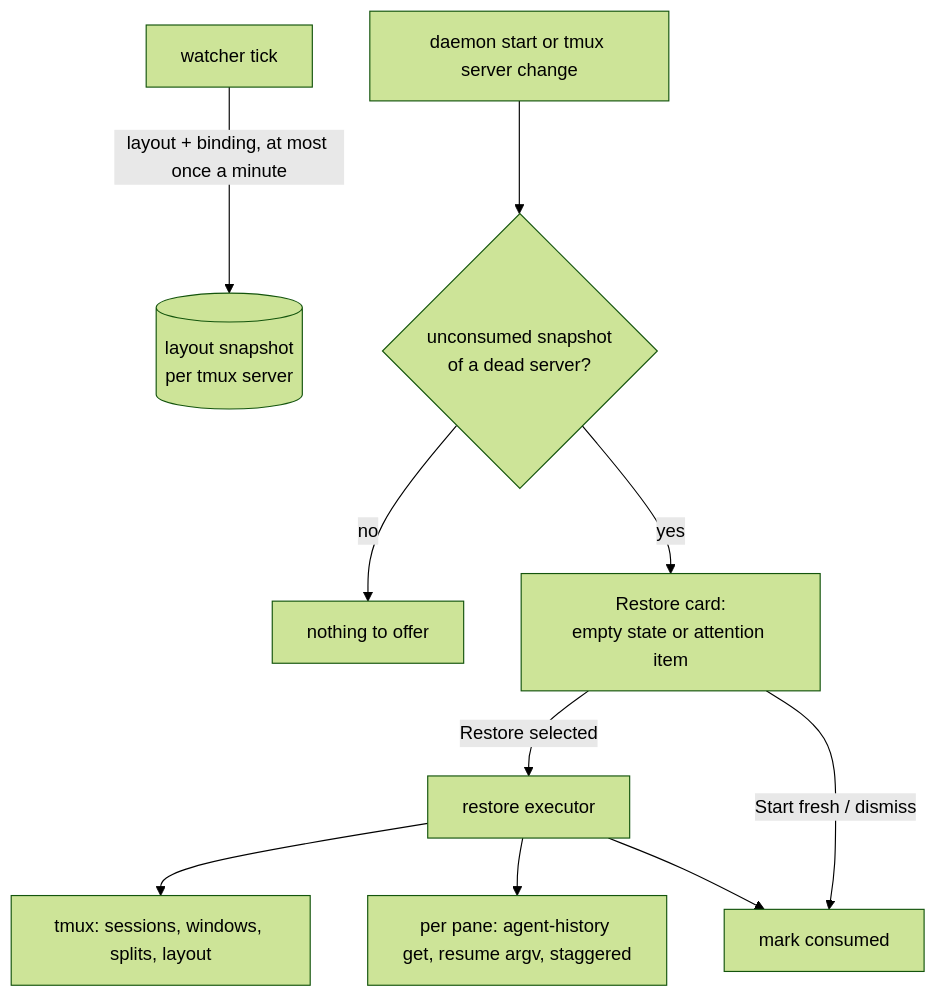
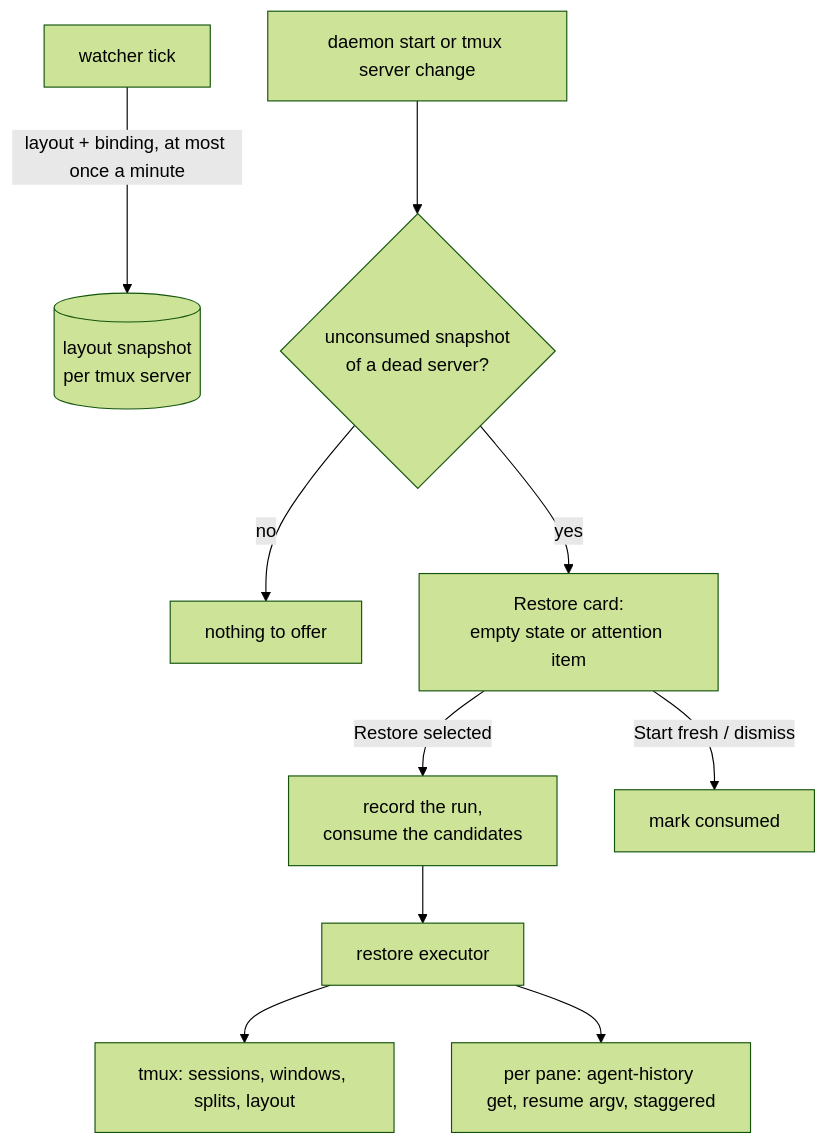
One commit to querystory/tmux-rc changed the diagram in docs/design/reboot-restore.md. Above: the diagram before and after it, drawn with Mermaid (forest theme). The commit also changed other lines of this file, not shown here.

Commit message:
Reboot-restore design: candidates consumed before the executor; a run restoring nothing closes its holder; links reconciled by index

````diff
--- a/docs/design/reboot-restore.md
+++ b/docs/design/reboot-restore.md
@@ -237,12 +237,11 @@
 ```mermaid
 flowchart TD
   W[watcher tick] -->|layout + binding, at most once a minute| S[(layout snapshot<br>per tmux server)]
   B[daemon start or tmux server change] --> C{unconsumed snapshot<br>of a dead server?}
   C -- no --> N[nothing to offer]
   C -- yes --> R[Restore card:<br>empty state or attention item]
-  R -- Restore selected --> X[restore executor]
+  R -- Restore selected --> D2[record the run,<br>consume the candidates] --> X[restore executor]
   R -- Start fresh / dismiss --> D[mark consumed]
   X --> T[tmux: sessions, windows, splits, layout]
   X --> A[per pane: agent-history get, resume argv, staggered]
-  X --> D
 ```
````
